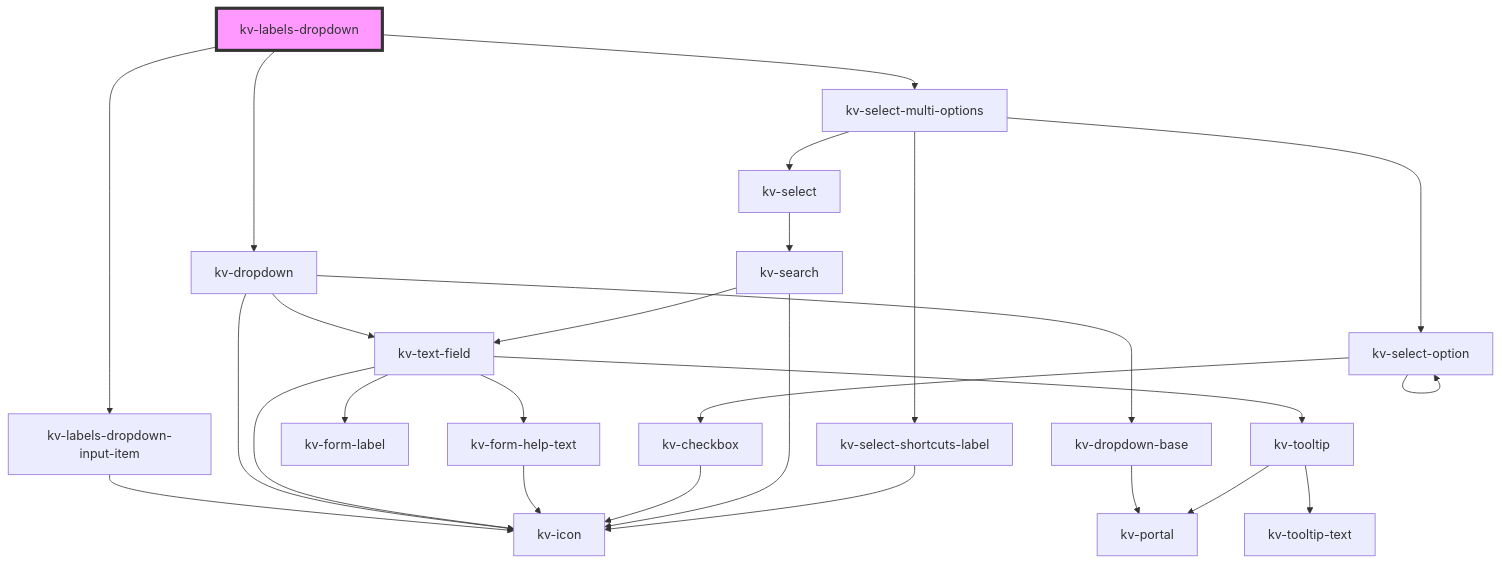
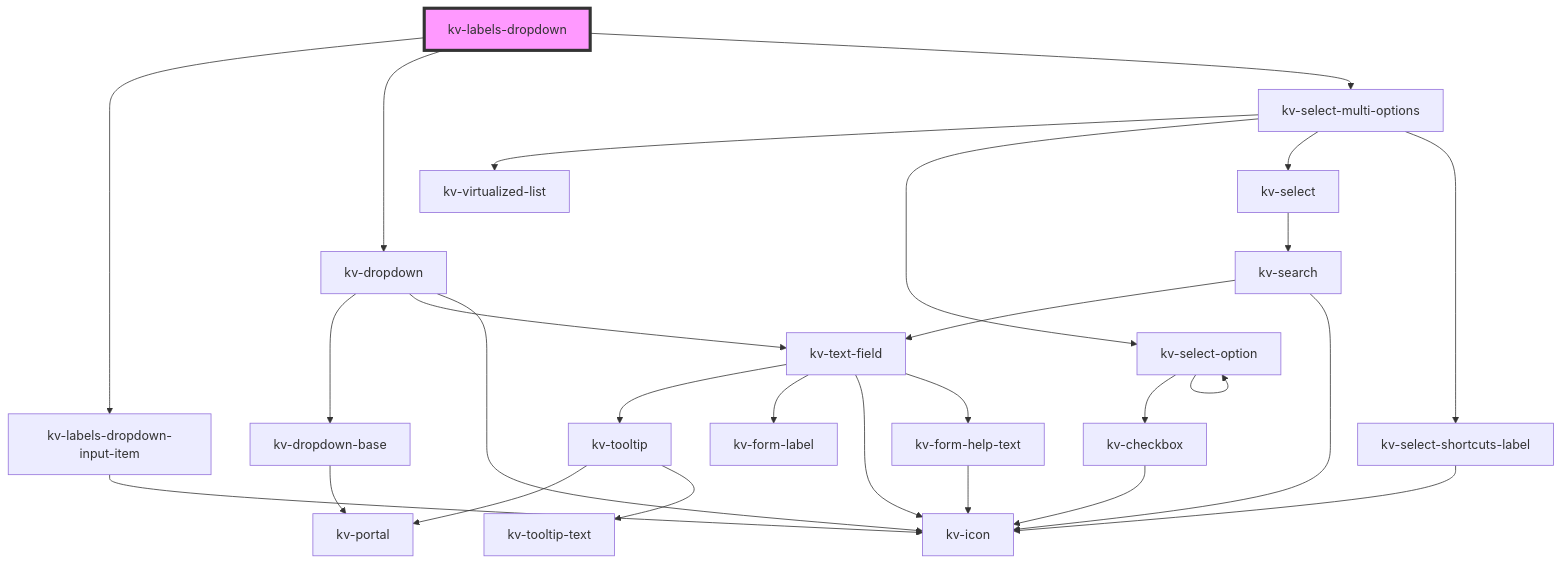
The diagram in packages/ui-components/src/components/labels-dropdown/readme.md (kelvininc/ui-components), drawn with Mermaid before and after one commit. The commit also changed 20 other files, not shown here.

````diff
--- a/packages/ui-components/src/components/labels-dropdown/readme.md
+++ b/packages/ui-components/src/components/labels-dropdown/readme.md
@@ -49,29 +49,30 @@
 ```mermaid
 graph TD;
   kv-labels-dropdown --> kv-labels-dropdown-input-item
   kv-labels-dropdown --> kv-dropdown
   kv-labels-dropdown --> kv-select-multi-options
   kv-labels-dropdown-input-item --> kv-icon
   kv-dropdown --> kv-dropdown-base
   kv-dropdown --> kv-text-field
   kv-dropdown --> kv-icon
   kv-dropdown-base --> kv-portal
   kv-text-field --> kv-tooltip
   kv-text-field --> kv-form-label
   kv-text-field --> kv-icon
   kv-text-field --> kv-form-help-text
   kv-tooltip --> kv-portal
   kv-tooltip --> kv-tooltip-text
   kv-form-help-text --> kv-icon
+  kv-select-multi-options --> kv-virtualized-list
   kv-select-multi-options --> kv-select-option
   kv-select-multi-options --> kv-select
   kv-select-multi-options --> kv-select-shortcuts-label
   kv-select-option --> kv-checkbox
   kv-select-option --> kv-select-option
   kv-checkbox --> kv-icon
   kv-select --> kv-search
   kv-search --> kv-text-field
   kv-search --> kv-icon
   kv-select-shortcuts-label --> kv-icon
   style kv-labels-dropdown fill:#f9f,stroke:#333,stroke-width:4px
 ```
````
